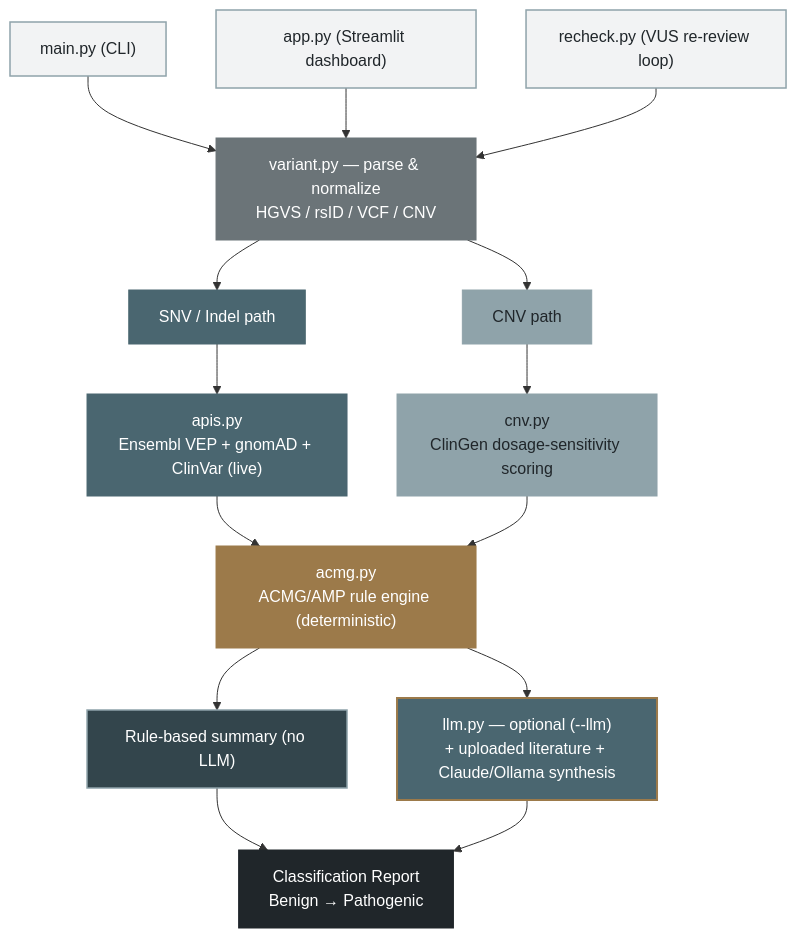
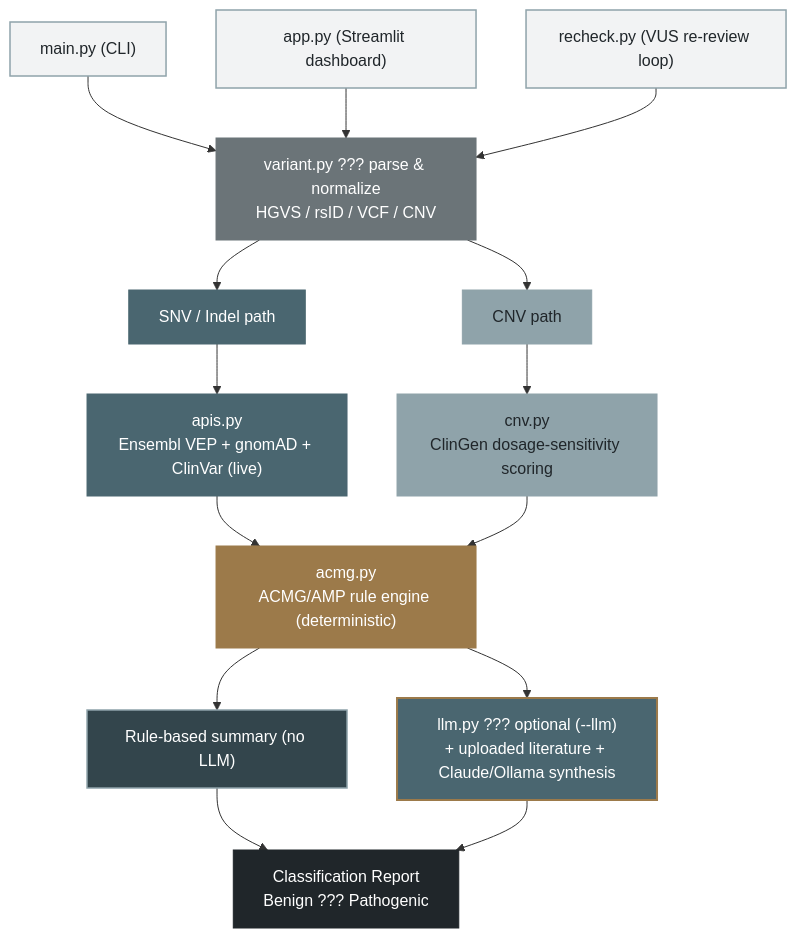
Before and after one commit to rajputakhil/ai-cura: the diagram in README.md, drawn with Mermaid. The commit also changed other lines of this file, not shown here.

````diff
--- a/README.md
+++ b/README.md
@@ -25,30 +25,30 @@
 ```mermaid
 flowchart TD
     H["main.py (CLI)"]:::entry --> B
     I["app.py (Streamlit dashboard)"]:::entry --> B
     J["recheck.py (VUS re-review loop)"]:::entry --> B
 
-    B["variant.py — parse & normalize<br/>HGVS / rsID / VCF / CNV"]:::neutral --> C1["SNV / Indel path"]:::snv
+    B["variant.py ??? parse & normalize<br/>HGVS / rsID / VCF / CNV"]:::neutral --> C1["SNV / Indel path"]:::snv
     B --> C2["CNV path"]:::cnv
 
     C1 --> D1["apis.py<br/>Ensembl VEP + gnomAD + ClinVar (live)"]:::snv
     C2 --> D2["cnv.py<br/>ClinGen dosage-sensitivity scoring"]:::cnv
 
     D1 --> E["acmg.py<br/>ACMG/AMP rule engine (deterministic)"]:::engine
     D2 --> E
 
     E --> F1["Rule-based summary (no LLM)"]:::rule
-    E --> F2["llm.py — optional (--llm)<br/>+ uploaded literature + Claude/Ollama synthesis"]:::llm
+    E --> F2["llm.py ??? optional (--llm)<br/>+ uploaded literature + Claude/Ollama synthesis"]:::llm
 
-    F1 --> G["Classification Report<br/>Benign → Pathogenic"]:::output
+    F1 --> G["Classification Report<br/>Benign ??? Pathogenic"]:::output
     F2 --> G
 
     classDef entry fill:#F2F3F4,stroke:#8FA3AA,stroke-width:1.5px,color:#20262A;
     classDef neutral fill:#6B7478,stroke:#6B7478,color:#FFFFFF;
     classDef snv fill:#4A6670,stroke:#4A6670,color:#FFFFFF;
     classDef cnv fill:#8FA3AA,stroke:#8FA3AA,color:#20262A;
     classDef engine fill:#9C7A4A,stroke:#9C7A4A,color:#FFFFFF;
     classDef rule fill:#33454C,stroke:#8FA3AA,stroke-width:1.5px,color:#FFFFFF;
     classDef llm fill:#4A6670,stroke:#9C7A4A,stroke-width:2px,color:#FFFFFF;
     classDef output fill:#20262A,stroke:#20262A,color:#FFFFFF;
 ```
````
